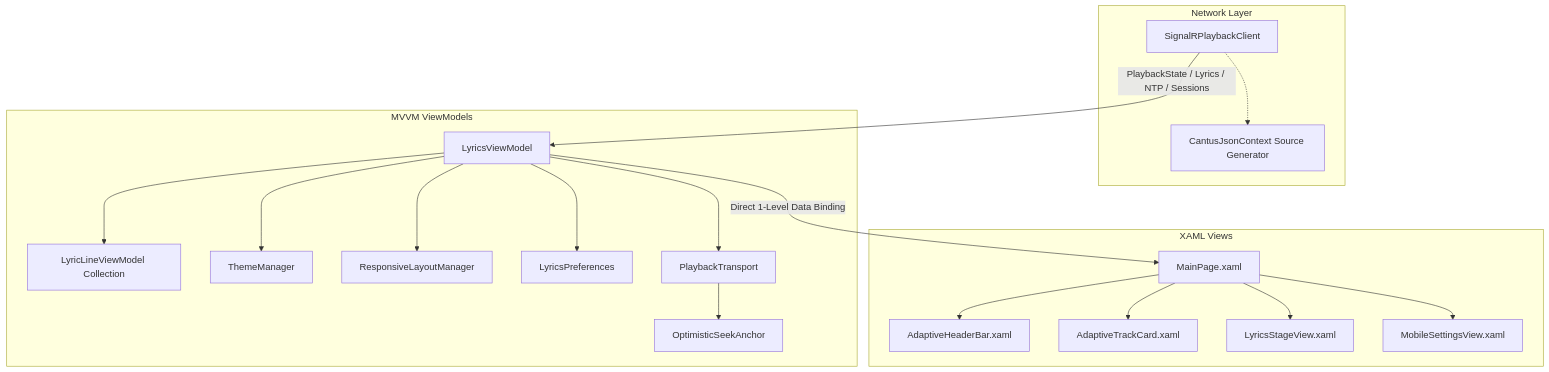
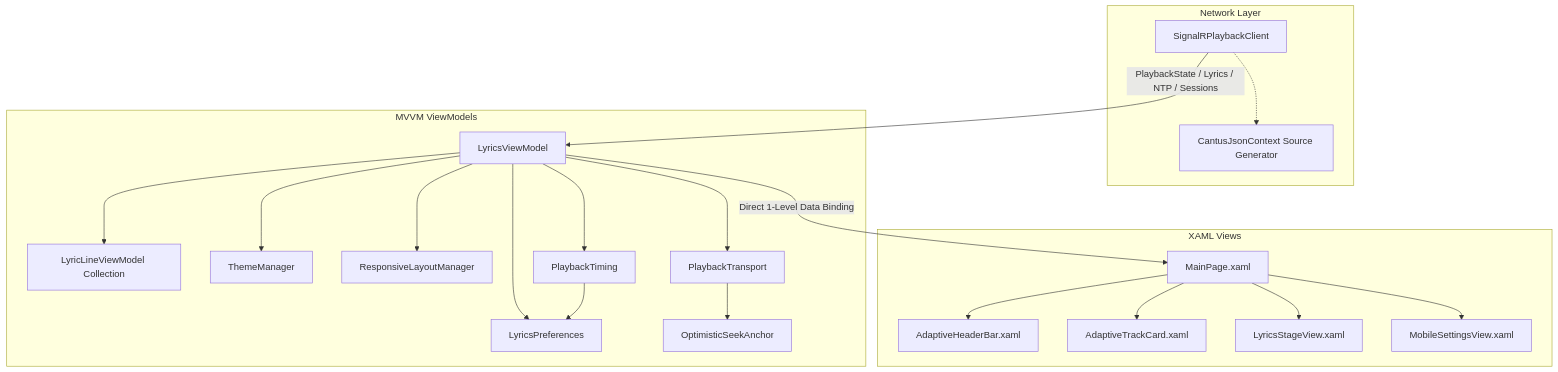
One commit to jav76/Cantus changed the diagram in docs/architecture/client-uno.md. Above: the diagram before and after it, drawn with Mermaid. The commit also changed other lines of this file and 1 other file, not shown here.

Commit message:
docs: describe PlaybackTiming in the client architecture page

````diff
--- a/docs/architecture/client-uno.md
+++ b/docs/architecture/client-uno.md
@@ -11,39 +11,42 @@
 ```mermaid
 flowchart TD
     subgraph Network Layer
         SignalR[SignalRPlaybackClient]
         Context[CantusJsonContext Source Generator]
         SignalR -.-> Context
     end
 
     subgraph MVVM ViewModels
         LVM[LyricsViewModel]
         LLVM[LyricLineViewModel Collection]
         Theme[ThemeManager]
         Layout[ResponsiveLayoutManager]
         Prefs[LyricsPreferences]
         Transport[PlaybackTransport]
         Anchor[OptimisticSeekAnchor]
+        Timing[PlaybackTiming]
         LVM --> LLVM
         LVM --> Theme
         LVM --> Layout
         LVM --> Prefs
         LVM --> Transport
+        LVM --> Timing
         Transport --> Anchor
+        Timing --> Prefs
     end
 
     subgraph XAML Views
         MainView[MainPage.xaml]
         Header[AdaptiveHeaderBar.xaml]
         TrackCard[AdaptiveTrackCard.xaml]
         LyricsStage[LyricsStageView.xaml]
         MobileSettings[MobileSettingsView.xaml]
         MainView --> Header
         MainView --> TrackCard
         MainView --> LyricsStage
         MainView --> MobileSettings
     end
 
     SignalR -->|PlaybackState / Lyrics / NTP / Sessions| LVM
     LVM -->|Direct 1-Level Data Binding| MainView
 ```
````
